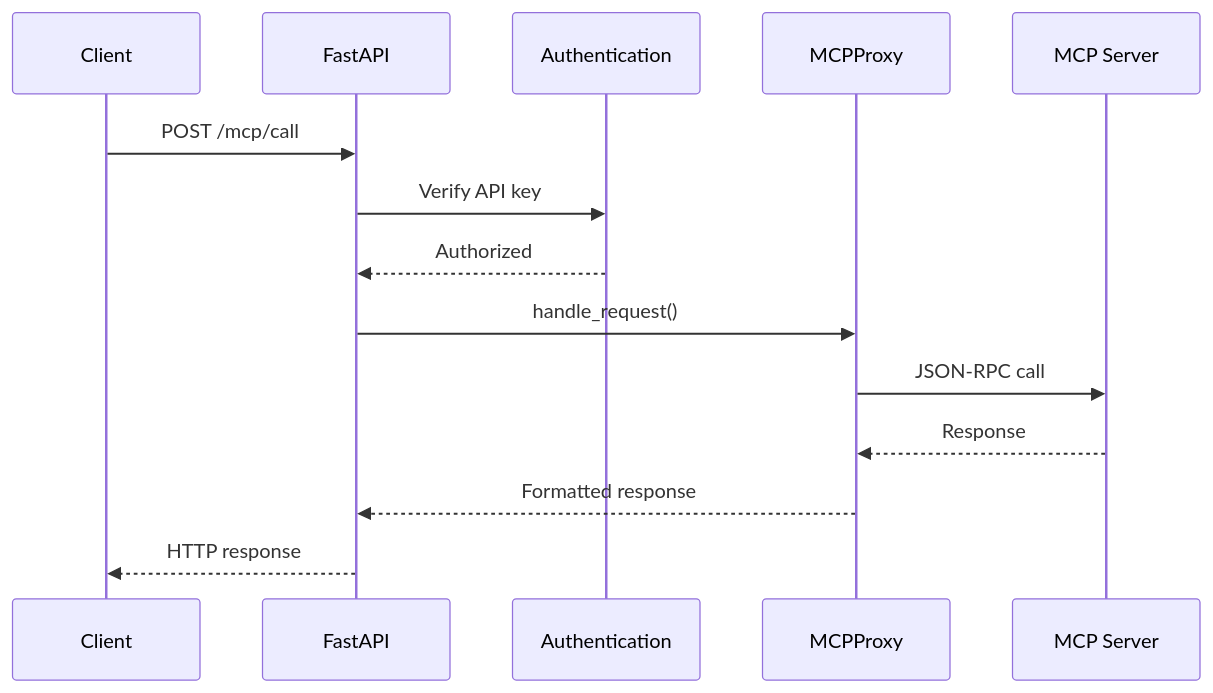
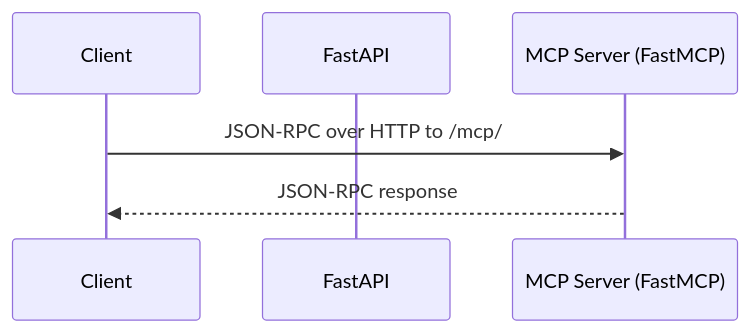
Before and after one commit to Edison-Watch/open-edison: the third of 3 diagrams in docs/development/development_guide.md, drawn with Mermaid. The commit also changed other lines of this file and 12 other files, not shown here.

````diff
--- a/docs/development/development_guide.md
+++ b/docs/development/development_guide.md
@@ -124,17 +119,9 @@
 ```mermaid
 sequenceDiagram
     participant Client as Client
     participant API as FastAPI
-    participant Auth as Authentication
-    participant Proxy as MCPProxy
-    participant MCP as MCP Server
+    participant MCP as MCP Server (FastMCP)
     
-    Client->>API: POST /mcp/call
-    API->>Auth: Verify API key
-    Auth-->>API: Authorized
-    API->>Proxy: handle_request()
-    Proxy->>MCP: JSON-RPC call
-    MCP-->>Proxy: Response
-    Proxy-->>API: Formatted response
-    API-->>Client: HTTP response
+    Client->>MCP: JSON-RPC over HTTP to /mcp/
+    MCP-->>Client: JSON-RPC response
 ```
````
